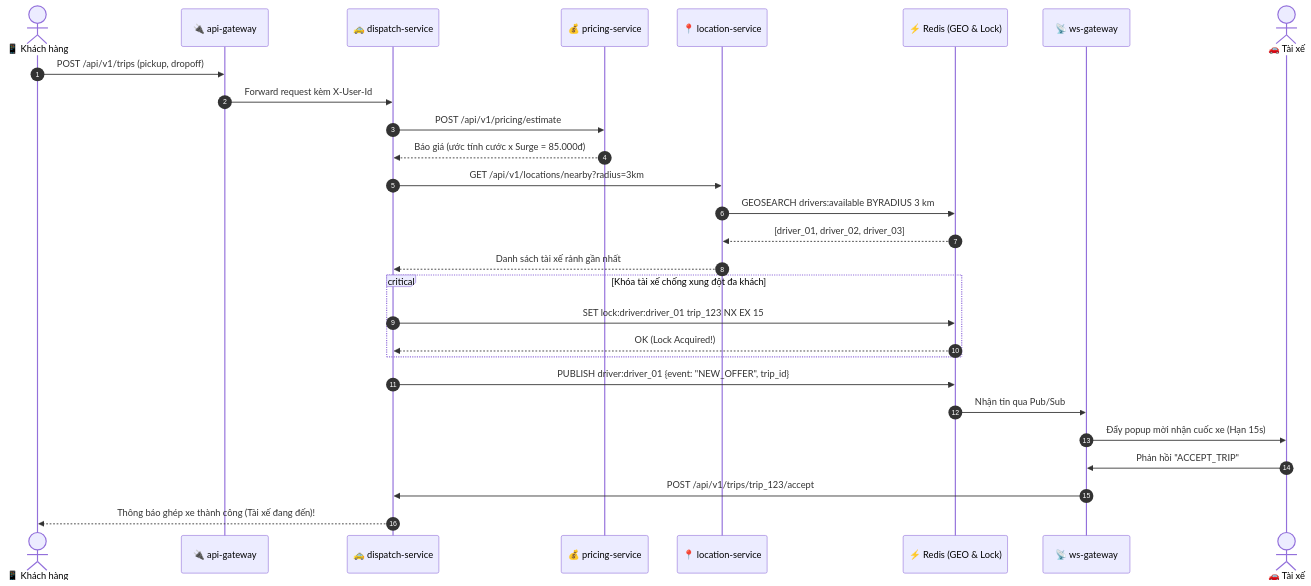
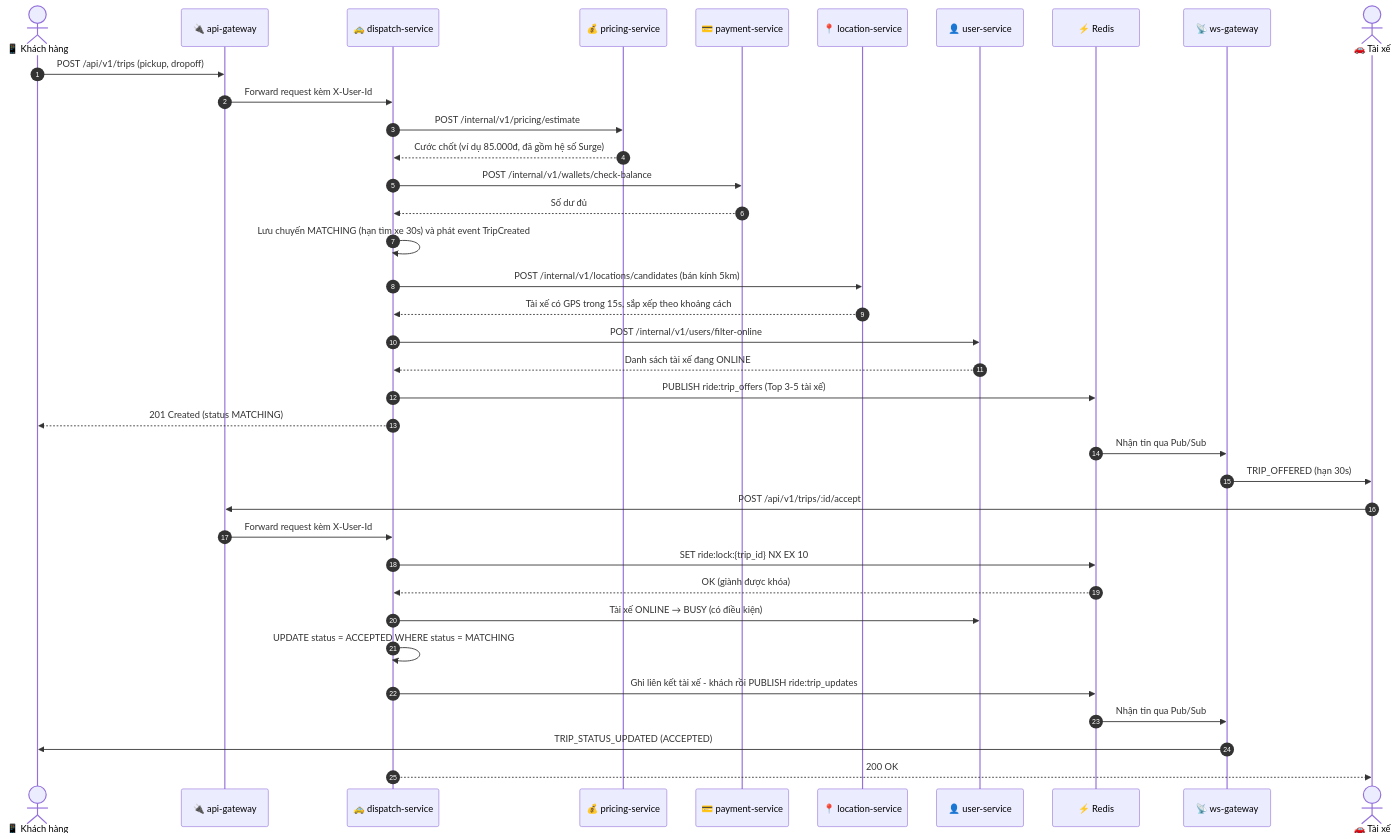
Before and after one commit to HaiTrieu186/JB-IOC-PTHB251125_BE105_Devops_Ride_Hailling: the third of 5 diagrams in README.md, drawn with Mermaid. The commit also changed other lines of this file, not shown here.

````diff
--- a/README.md
+++ b/README.md
@@ -208,36 +267,45 @@
 ```mermaid
 sequenceDiagram
     autonumber
     actor Rider as 📱 Khách hàng
     participant APIGW as 🔌 api-gateway
     participant Dispatch as 🚕 dispatch-service
     participant Pricing as 💰 pricing-service
+    participant Payment as 💳 payment-service
     participant Location as 📍 location-service
-    participant Redis as ⚡ Redis (GEO & Lock)
+    participant UserSvc as 👤 user-service
+    participant Redis as ⚡ Redis
     participant WSGW as 📡 ws-gateway
     actor Driver as 🚗 Tài xế
 
     Rider->>APIGW: POST /api/v1/trips (pickup, dropoff)
     APIGW->>Dispatch: Forward request kèm X-User-Id
-    
-    Dispatch->>Pricing: POST /api/v1/pricing/estimate
-    Pricing-->>Dispatch: Báo giá (ước tính cước x Surge = 85.000đ)
-    
-    Dispatch->>Location: GET /api/v1/locations/nearby?radius=3km
-    Location->>Redis: GEOSEARCH drivers:available BYRADIUS 3 km
-    Redis-->>Location: [driver_01, driver_02, driver_03]
-    Location-->>Dispatch: Danh sách tài xế rảnh gần nhất
 
-    critical Khóa tài xế chống xung đột đa khách
-        Dispatch->>Redis: SET lock:driver:driver_01 trip_123 NX EX 15
-        Redis-->>Dispatch: OK (Lock Acquired!)
-    end
+    Dispatch->>Pricing: POST /internal/v1/pricing/estimate
+    Pricing-->>Dispatch: Cước chốt (ví dụ 85.000đ, đã gồm hệ số Surge)
+    Dispatch->>Payment: POST /internal/v1/wallets/check-balance
+    Payment-->>Dispatch: Số dư đủ
 
-    Dispatch->>Redis: PUBLISH driver:driver_01 {event: "NEW_OFFER", trip_id}
+    Dispatch->>Dispatch: Lưu chuyến MATCHING (hạn tìm xe 30s) và phát event TripCreated
+
+    Dispatch->>Location: POST /internal/v1/locations/candidates (bán kính 5km)
+    Location-->>Dispatch: Tài xế có GPS trong 15s, sắp xếp theo khoảng cách
+    Dispatch->>UserSvc: POST /internal/v1/users/filter-online
+    UserSvc-->>Dispatch: Danh sách tài xế đang ONLINE
+
+    Dispatch->>Redis: PUBLISH ride:trip_offers (Top 3-5 tài xế)
+    Dispatch-->>Rider: 201 Created (status MATCHING)
     Redis->>WSGW: Nhận tin qua Pub/Sub
-    WSGW->>Driver: Đẩy popup mời nhận cuốc xe (Hạn 15s)
+    WSGW->>Driver: TRIP_OFFERED (hạn 30s)
 
-    Driver->>WSGW: Phản hồi "ACCEPT_TRIP"
-    WSGW->>Dispatch: POST /api/v1/trips/trip_123/accept
-    Dispatch-->>Rider: Thông báo ghép xe thành công (Tài xế đang đến)!
+    Driver->>APIGW: POST /api/v1/trips/:id/accept
+    APIGW->>Dispatch: Forward request kèm X-User-Id
+    Dispatch->>Redis: SET ride:lock:{trip_id} NX EX 10
+    Redis-->>Dispatch: OK (giành được khóa)
+    Dispatch->>UserSvc: Tài xế ONLINE → BUSY (có điều kiện)
+    Dispatch->>Dispatch: UPDATE status = ACCEPTED WHERE status = MATCHING
+    Dispatch->>Redis: Ghi liên kết tài xế - khách rồi PUBLISH ride:trip_updates
+    Redis->>WSGW: Nhận tin qua Pub/Sub
+    WSGW->>Rider: TRIP_STATUS_UPDATED (ACCEPTED)
+    Dispatch-->>Driver: 200 OK
 ```
````
